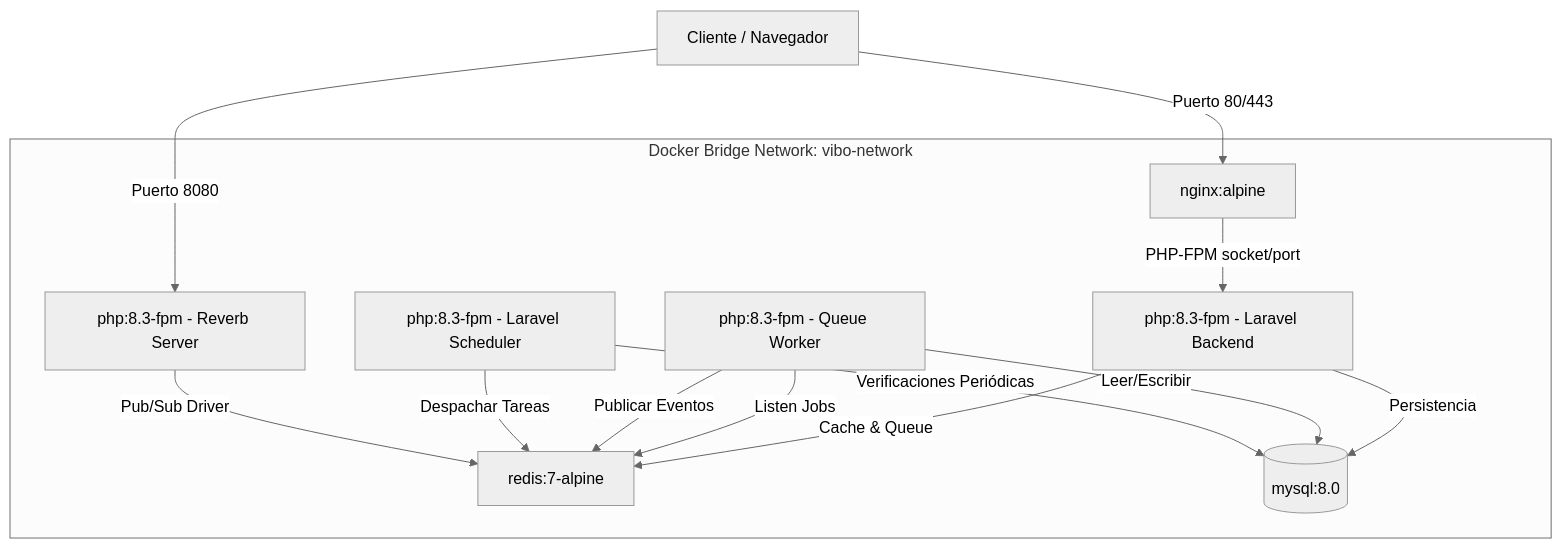
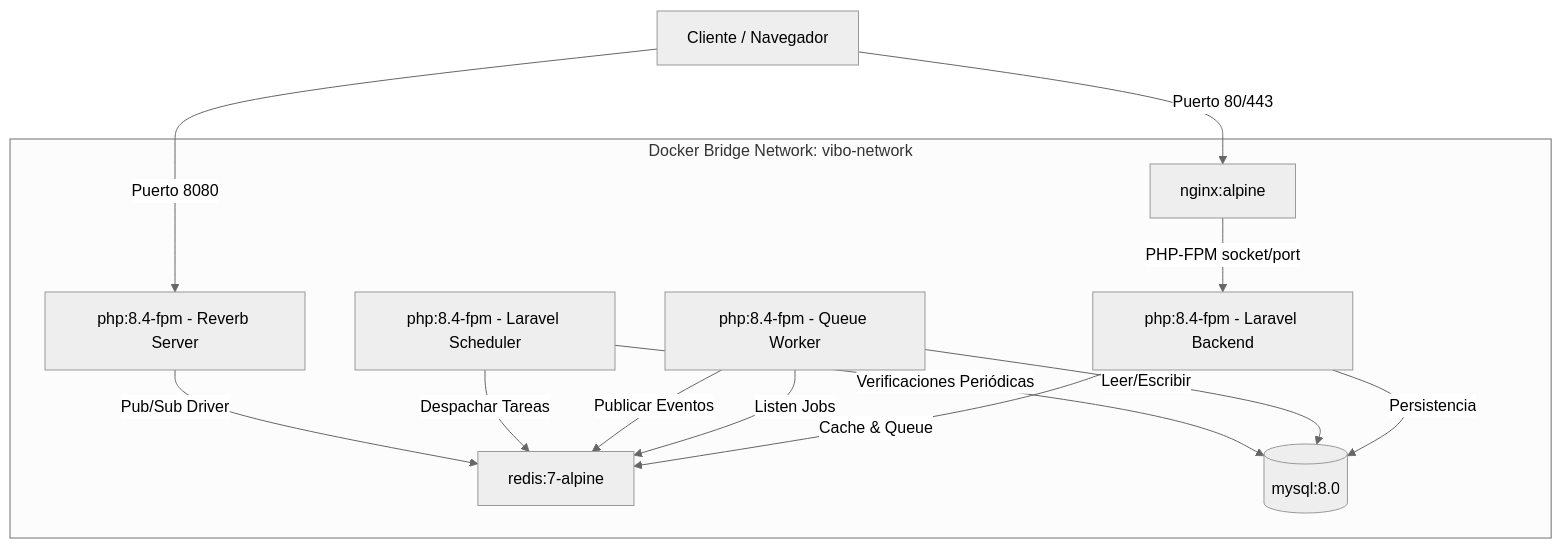
The second of 6 diagrams in docs/architecture.md (iranvibo/inversion-optimizada), drawn with Mermaid (neutral theme) before and after one commit. The commit also changed other lines of this file and 70 other files, not shown here.

````diff
--- a/docs/architecture.md
+++ b/docs/architecture.md
@@ -67,20 +67,20 @@
 ```mermaid
 graph TD
     Client["Cliente / Navegador"] -->|Puerto 80/443| Nginx["nginx:alpine"]
-    Client -->|Puerto 8080| Reverb["php:8.3-fpm - Reverb Server"]
+    Client -->|Puerto 8080| Reverb["php:8.4-fpm - Reverb Server"]
 
     subgraph DockerBridgeNetwork ["Docker Bridge Network: vibo-network"]
-        Nginx -->|PHP-FPM socket/port| App["php:8.3-fpm - Laravel Backend"]
+        Nginx -->|PHP-FPM socket/port| App["php:8.4-fpm - Laravel Backend"]
         App -->|Cache & Queue| Redis["redis:7-alpine"]
         App -->|Persistencia| DB[("mysql:8.0")]
         
-        Worker["php:8.3-fpm - Queue Worker"] -->|Listen Jobs| Redis
+        Worker["php:8.4-fpm - Queue Worker"] -->|Listen Jobs| Redis
         Worker -->|Leer/Escribir| DB
         Worker -->|Publicar Eventos| Redis
         
-        Scheduler["php:8.3-fpm - Laravel Scheduler"] -->|Verificaciones Periódicas| DB
+        Scheduler["php:8.4-fpm - Laravel Scheduler"] -->|Verificaciones Periódicas| DB
         Scheduler -->|Despachar Tareas| Redis
         
         Reverb -->|Pub/Sub Driver| Redis
     end
 ```
````
